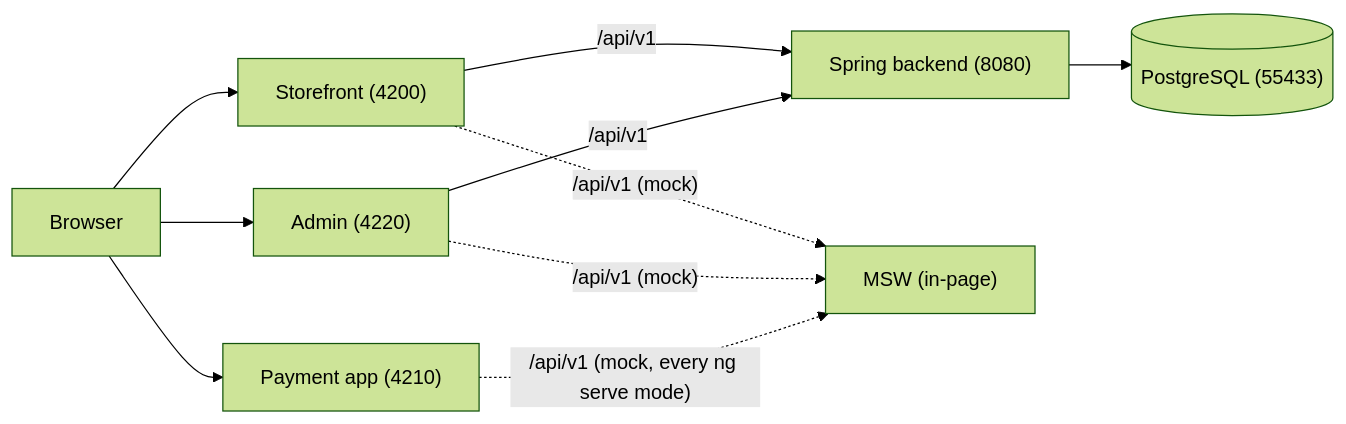
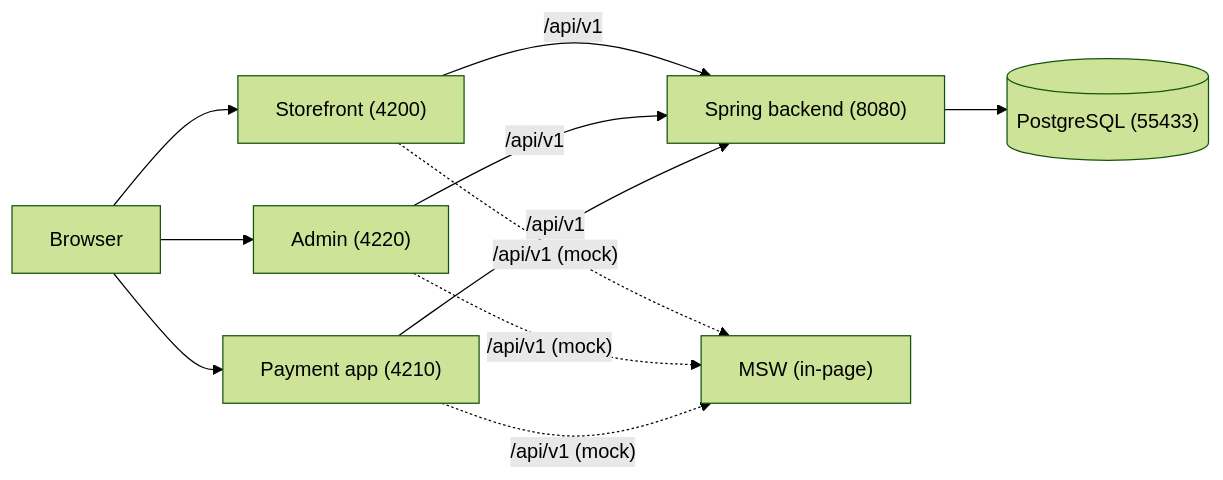
One commit to mimukodik/mi-bolt changed the first of 2 diagrams in README.md. Above: the diagram before and after it, drawn with Mermaid (forest theme). The commit also changed other lines of this file and 5 other files, not shown here.

First line of the commit message:
fix: serve the payment app on the backend in dev (MIM-433)

````diff
--- a/README.md
+++ b/README.md
@@ -239,12 +233,13 @@
 ```mermaid
 flowchart LR
     browser["Browser"] --> storefront["Storefront (4200)"]
     browser --> payment["Payment app (4210)"]
     browser --> admin["Admin (4220)"]
     storefront -->|"/api/v1"| backend["Spring backend (8080)"]
     admin -->|"/api/v1"| backend
+    payment -->|"/api/v1"| backend
     storefront -.->|"/api/v1 (mock)"| msw["MSW (in-page)"]
     admin -.->|"/api/v1 (mock)"| msw
-    payment -.->|"/api/v1 (mock, every ng serve mode)"| msw
+    payment -.->|"/api/v1 (mock)"| msw
     backend --> postgres[("PostgreSQL (55433)")]
 ```
````
